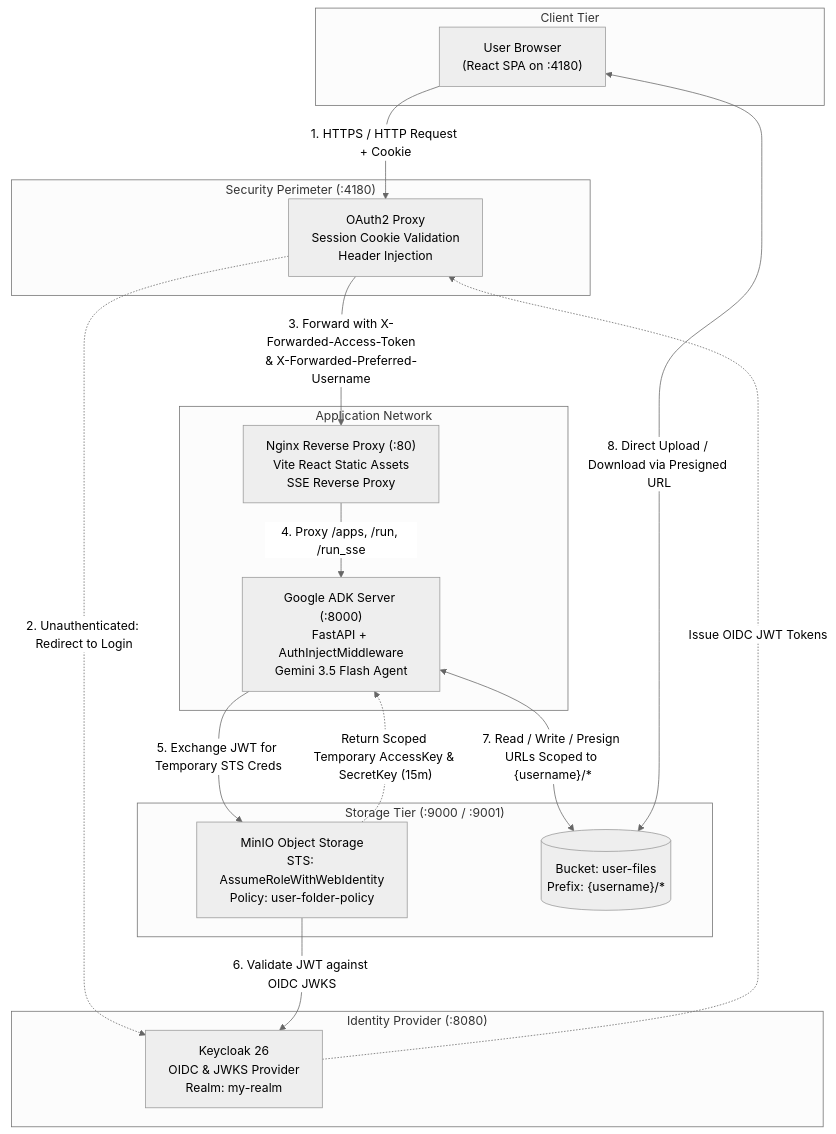
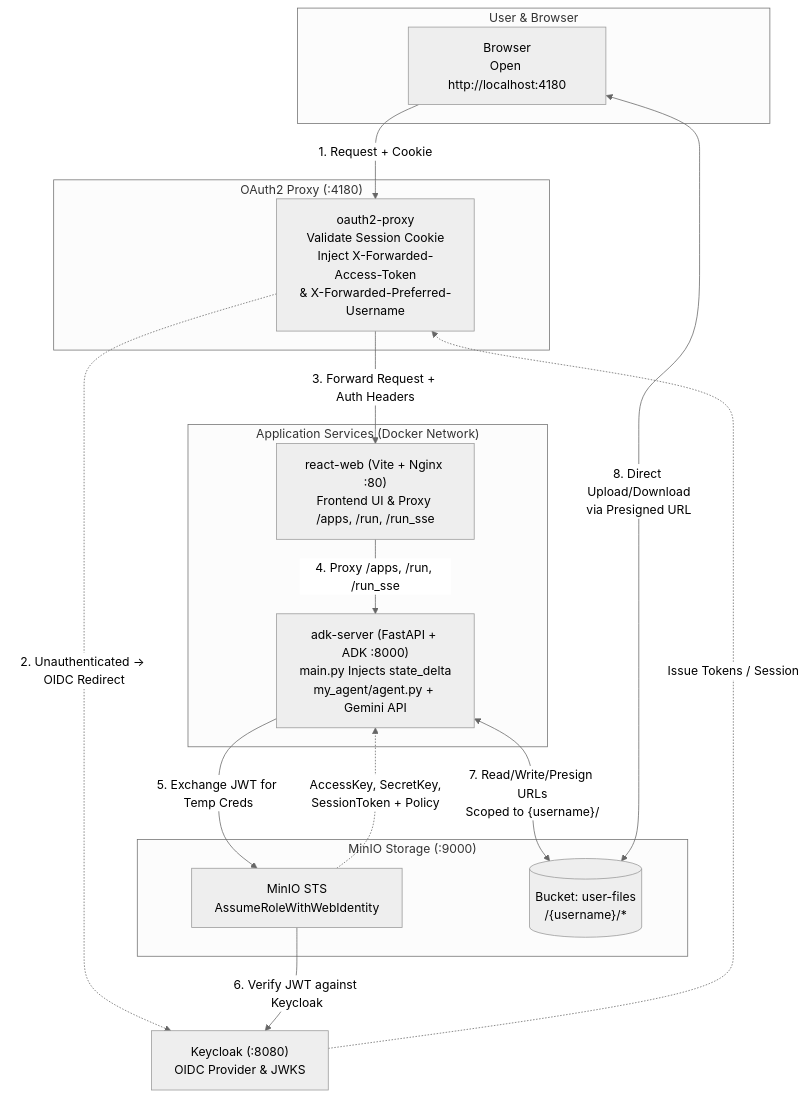
One commit to anoochit/adk-minio-keycloak changed the second of 4 diagrams in article.md. Above: the diagram before and after it, drawn with Mermaid (neutral theme). The commit also changed other lines of this file, not shown here.

````diff
--- a/article.md
+++ b/article.md
@@ -34,35 +96,33 @@
 ```mermaid
 flowchart TB
-    subgraph Client["Client Tier"]
-        Browser["User Browser<br/>(React SPA on :4180)"]
+    subgraph User["User & Browser"]
+        B["Browser<br/>Open http://localhost:4180"]
     end
 
-    subgraph Perimeter["Security Perimeter (:4180)"]
-        OAuth2Proxy["OAuth2 Proxy<br/>Session Cookie Validation<br/>Header Injection"]
+    subgraph Proxy["OAuth2 Proxy (:4180)"]
+        OP["oauth2-proxy<br/>Validate Session Cookie<br/>Inject X-Forwarded-Access-Token<br/>& X-Forwarded-Preferred-Username"]
     end
 
-    subgraph Identity["Identity Provider (:8080)"]
-        Keycloak["Keycloak 26<br/>OIDC & JWKS Provider<br/>Realm: my-realm"]
+    KC["Keycloak (:8080)<br/>OIDC Provider & JWKS"]
+
+    subgraph AppStack["Application Services (Docker Network)"]
+        RW["react-web (Vite + Nginx :80)<br/>Frontend UI & Proxy /apps, /run, /run_sse"]
+        ADK["adk-server (FastAPI + ADK :8000)<br/>main.py Injects state_delta<br/>my_agent/agent.py + Gemini API"]
     end
 
-    subgraph Application["Application Network"]
-        Nginx["Nginx Reverse Proxy (:80)<br/>Vite React Static Assets<br/>SSE Reverse Proxy"]
-        ADKServer["Google ADK Server (:8000)<br/>FastAPI + AuthInjectMiddleware<br/>Gemini 3.5 Flash Agent"]
+    subgraph MinIOStack["MinIO Storage (:9000)"]
+        STS["MinIO STS<br/>AssumeRoleWithWebIdentity"]
+        BKT[("Bucket: user-files<br/>/{username}/*")]
     end
 
-    subgraph Storage["Storage Tier (:9000 / :9001)"]
-        MinIO["MinIO Object Storage<br/>STS: AssumeRoleWithWebIdentity<br/>Policy: user-folder-policy"]
-        Bucket[("Bucket: user-files<br/>Prefix: {username}/*")]
-    end
-
-    Browser -->|"1. HTTPS / HTTP Request + Cookie"| OAuth2Proxy
-    OAuth2Proxy -.->|"2. Unauthenticated: Redirect to Login"| Keycloak
-    Keycloak -.->|"Issue OIDC JWT Tokens"| OAuth2Proxy
-    OAuth2Proxy -->|"3. Forward with X-Forwarded-Access-Token<br/>& X-Forwarded-Preferred-Username"| Nginx
-    Nginx -->|"4. Proxy /apps, /run, /run_sse"| ADKServer
-    ADKServer -->|"5. Exchange JWT for Temporary STS Creds"| MinIO
-    MinIO -->|"6. Validate JWT against OIDC JWKS"| Keycloak
-    MinIO -.->|"Return Scoped Temporary AccessKey & SecretKey (15m)"| ADKServer
-    ADKServer <-->|"7. Read / Write / Presign URLs Scoped to {username}/*"| Bucket
-    Browser <-->|"8. Direct Upload / Download via Presigned URL"| Bucket
+    B -->|"1. Request + Cookie"| OP
+    OP -.->|"2. Unauthenticated → OIDC Redirect"| KC
+    KC -.->|"Issue Tokens / Session"| OP
+    OP -->|"3. Forward Request + Auth Headers"| RW
+    RW -->|"4. Proxy /apps, /run, /run_sse"| ADK
+    ADK -->|"5. Exchange JWT for Temp Creds"| STS
+    STS -->|"6. Verify JWT against Keycloak"| KC
+    STS -.->|"AccessKey, SecretKey,<br/>SessionToken + Policy"| ADK
+    ADK <-->|"7. Read/Write/Presign URLs<br/>Scoped to {username}/"| BKT
+    B <-->|"8. Direct Upload/Download<br/>via Presigned URL"| BKT
 ```
````
